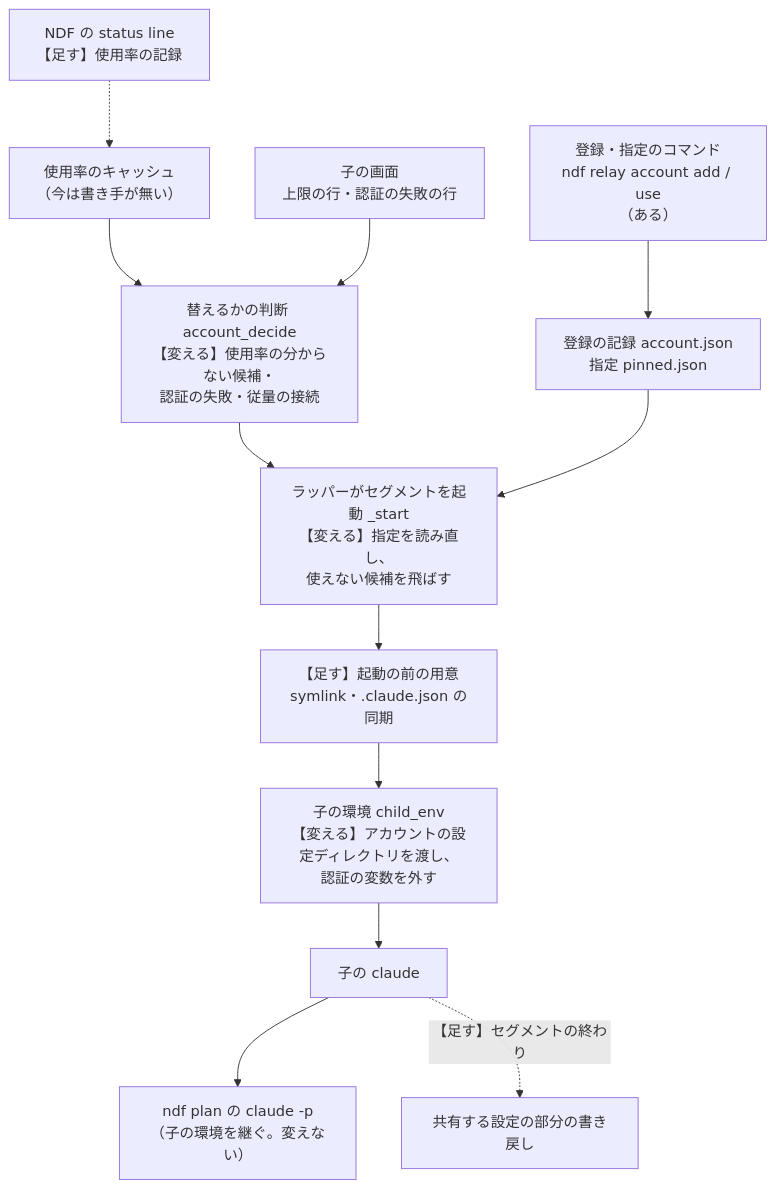
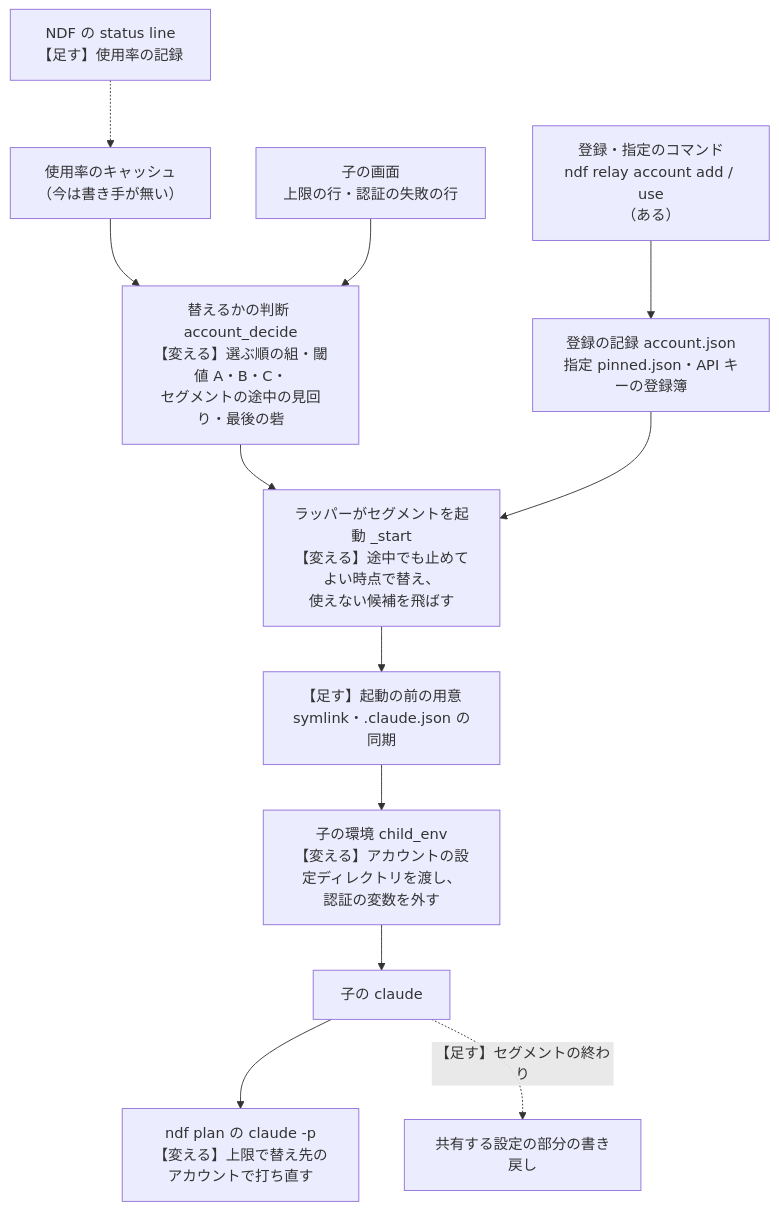
One commit to devbasex/ai-plugins changed the first of 5 diagrams in issues/issue-3604-3864-design.md. Above: the diagram before and after it, drawn with Mermaid. The commit also changed other lines of this file and 4 other files, not shown here.

````diff
--- a/issues/issue-3604-3864-design.md
+++ b/issues/issue-3604-3864-design.md
@@ -13,14 +13,14 @@
 ```mermaid
 flowchart TD
-  CMD["登録・指定のコマンド<br/>ndf relay account add / use<br/>（ある）"] --> REG["登録の記録 account.json<br/>指定 pinned.json"]
+  CMD["登録・指定のコマンド<br/>ndf relay account add / use<br/>（ある）"] --> REG["登録の記録 account.json<br/>指定 pinned.json・API キーの登録簿"]
   SL["NDF の status line<br/>【足す】使用率の記録"] -.-> USE["使用率のキャッシュ<br/>（今は書き手が無い）"]
-  USE --> DEC["替えるかの判断 account_decide<br/>【変える】使用率の分からない候補・<br/>認証の失敗・従量の接続"]
+  USE --> DEC["替えるかの判断 account_decide<br/>【変える】選ぶ順の組・閾値 A・B・C・<br/>セグメントの途中の見回り・最後の砦"]
   SCR["子の画面<br/>上限の行・認証の失敗の行"] --> DEC
-  DEC --> W["ラッパーがセグメントを起動 _start<br/>【変える】指定を読み直し、<br/>使えない候補を飛ばす"]
+  DEC --> W["ラッパーがセグメントを起動 _start<br/>【変える】途中でも止めてよい時点で替え、<br/>使えない候補を飛ばす"]
   REG --> W
   W --> PREP["【足す】起動の前の用意<br/>symlink・.claude.json の同期"]
   PREP --> ENV["子の環境 child_env<br/>【変える】アカウントの設定ディレクトリを渡し、<br/>認証の変数を外す"]
   ENV --> CH["子の claude"]
-  CH --> PLAN["ndf plan の claude -p<br/>（子の環境を継ぐ。変えない）"]
+  CH --> PLAN["ndf plan の claude -p<br/>【変える】上限で替え先のアカウントで打ち直す"]
   CH -. "【足す】セグメントの終わり" .-> BACK["共有する設定の部分の書き戻し"]
 ```
````
